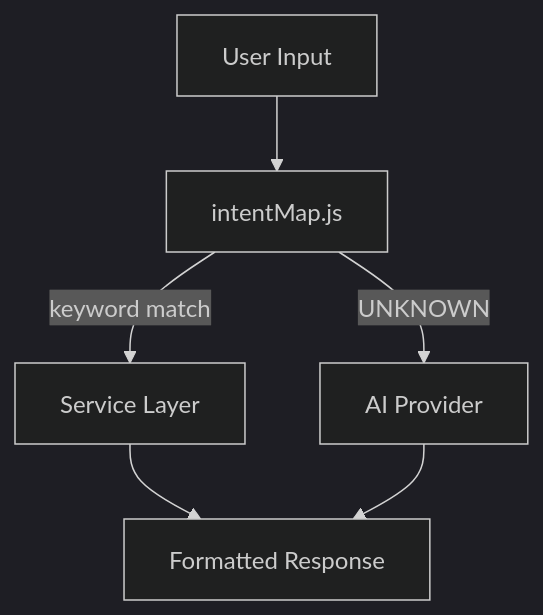
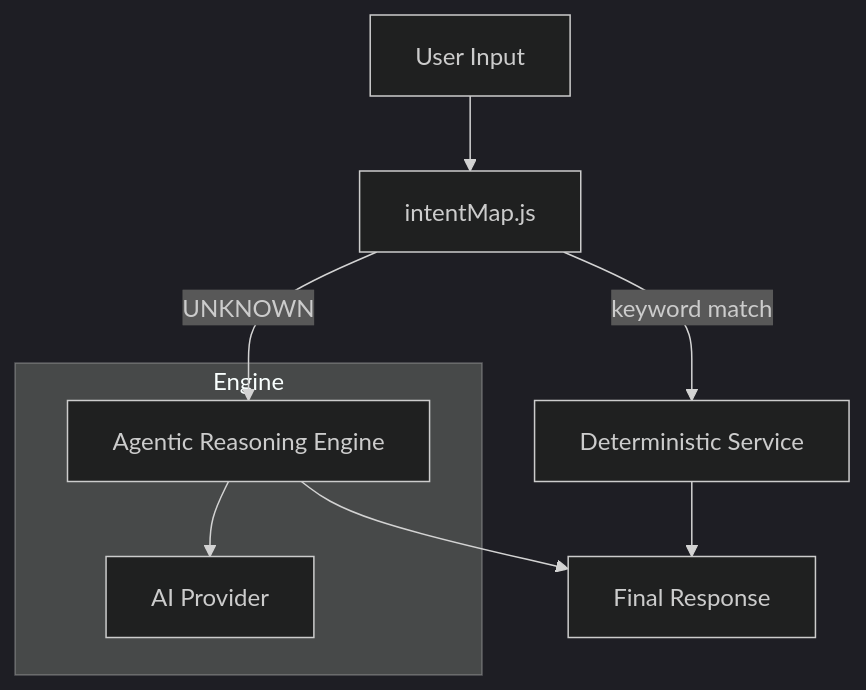
One commit to krishan2005op/CashGuardian1 changed the first of 5 diagrams in docs/methodology.md. Above: the diagram before and after it, drawn with Mermaid (dark theme). The commit also changed other lines of this file and 8 other files, not shown here.

````diff
--- a/docs/methodology.md
+++ b/docs/methodology.md
@@ -16,8 +16,12 @@
 ```mermaid
 flowchart TD
     A[User Input] --> B[intentMap.js]
-    B -->|keyword match| C[Service Layer]
-    B -->|UNKNOWN| D[AI Provider]
-    C --> E[Formatted Response]
+    B -->|keyword match| C[Deterministic Service]
+    B -->|UNKNOWN| D[Agentic Reasoning Engine]
+    C --> E[Final Response]
     D --> E
+    
+    subgraph Engine
+      D --> AI[AI Provider]
+    end
 ```
````
